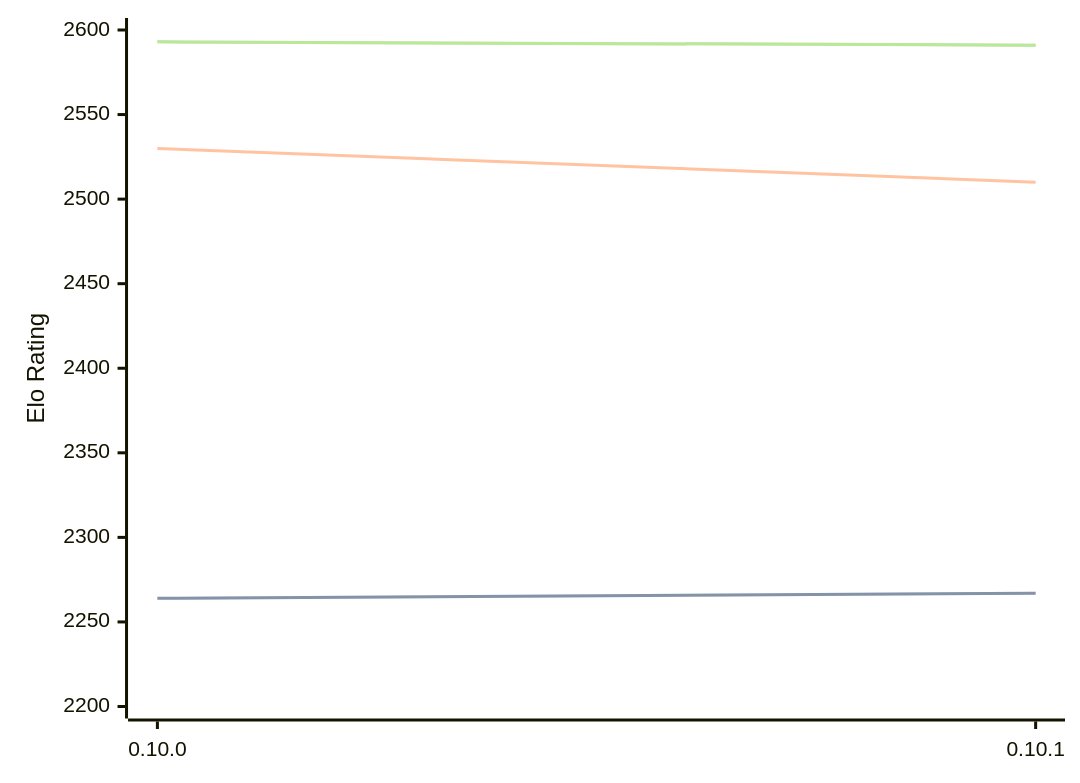
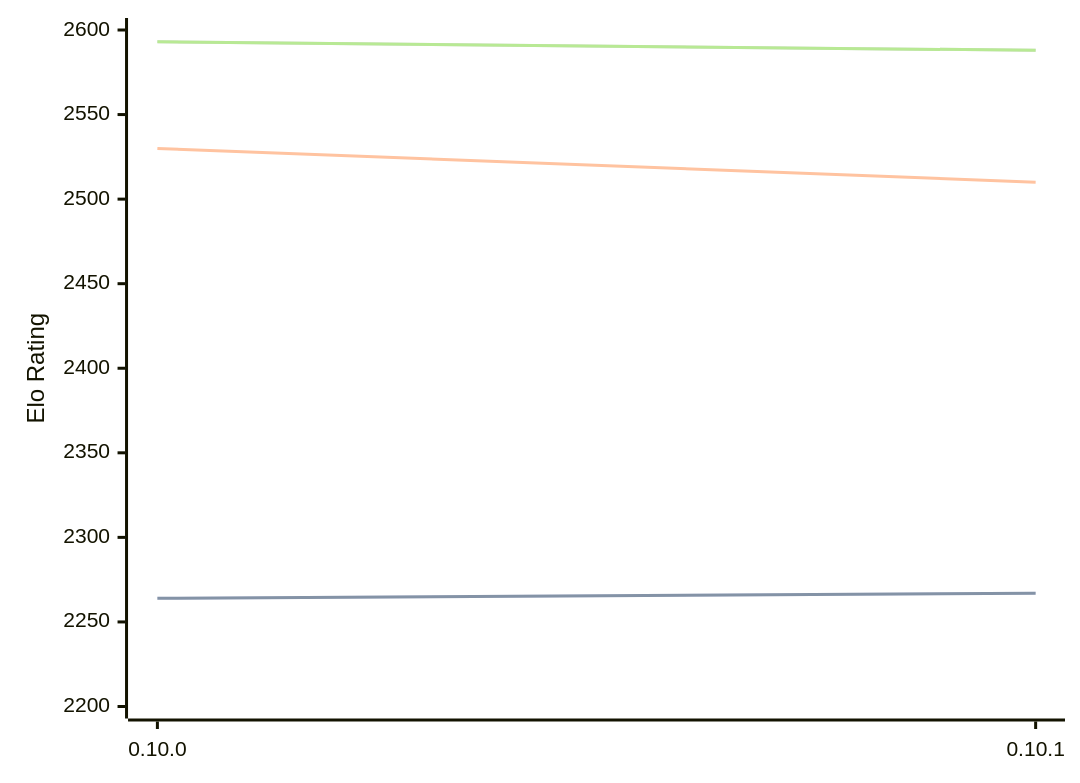
The diagram in engines/Fatalii.md (computer-chess-index/cci), drawn with Mermaid before and after one commit. The commit also changed other lines of this file, not shown here.

Commit message:
Update CCI Ratings (ELO VLTC) - 2026-08-05

````diff
--- a/engines/Fatalii.md
+++ b/engines/Fatalii.md
@@ -46,11 +46,11 @@
 ```mermaid
 %%{init: {"theme":"base","themeVariables":{"seriesColors:['#a3a3a3','#222221','#faa371']}}}%%
 xychart-beta
   x-axis ["0.10.0", "0.10.1"]
   y-axis "Elo Rating" 2200 --> 2600
   line "STC (8.0+0.08s)" [2264, 2267]
   line "STC (8.0+0.08s)" [2264, 2267]
   line "LTC (60.0+0.60s)" [2530, 2510]
-  line "VLTC (2m24s+1.12s)" [2593, 2591]
-  line "VLTC (2m24s+1.12s)" [2593, 2591]
+  line "VLTC (2m24s+1.12s)" [2593, 2588]
+  line "VLTC (2m24s+1.12s)" [2593, 2588]
 ```
````
